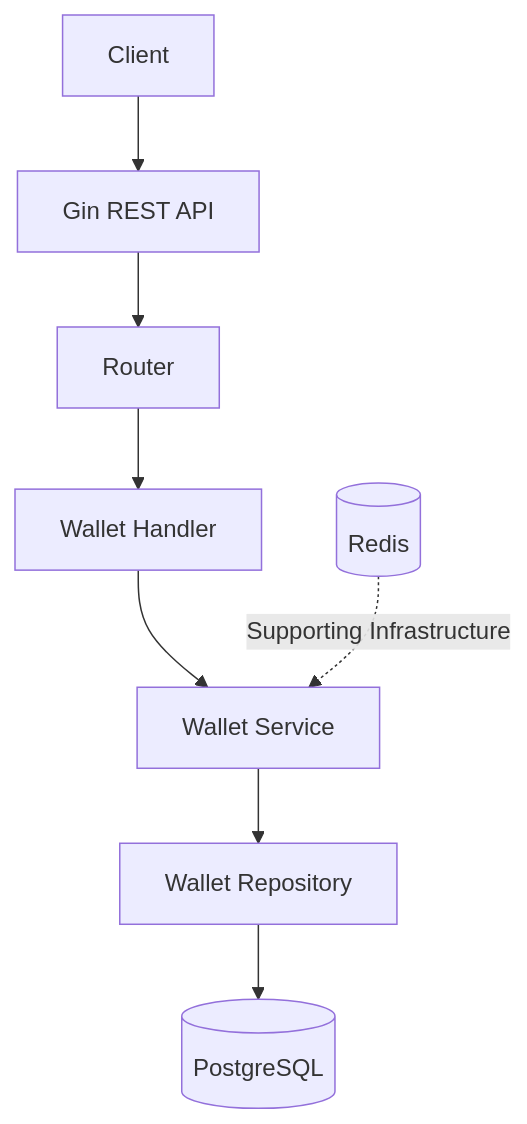
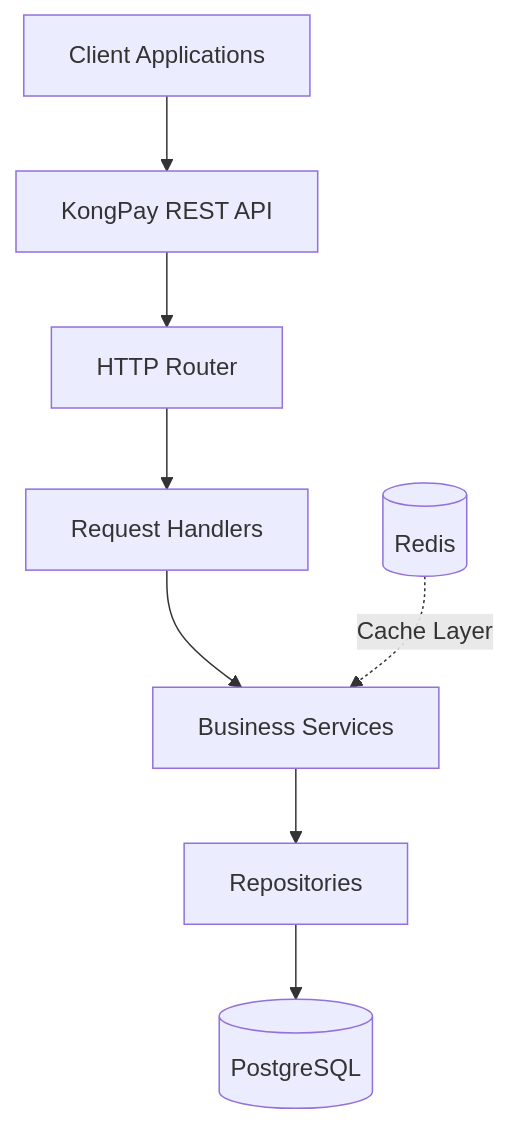
The first of 15 diagrams in README.md (kongali1720/KongPay), drawn with Mermaid before and after one commit. The commit also changed other lines of this file, not shown here.

````diff
--- a/README.md
+++ b/README.md
@@ -155,10 +94,28 @@
 ```mermaid
 flowchart TD
-    A[Client] --> B[Gin REST API]
-    B --> C[Router]
-    C --> D[Wallet Handler]
-    D --> E[Wallet Service]
-    E --> F[Wallet Repository]
-    F --> G[(PostgreSQL)]
-    H[(Redis)] -. Supporting Infrastructure .-> E
+
+    Client[Client Applications]
+
+    API[KongPay REST API]
+
+    Router[HTTP Router]
+
+    Handler[Request Handlers]
+
+    Service[Business Services]
+
+    Repository[Repositories]
+
+    DB[(PostgreSQL)]
+
+    Cache[(Redis)]
+
+    Client --> API
+    API --> Router
+    Router --> Handler
+    Handler --> Service
+    Service --> Repository
+    Repository --> DB
+
+    Cache -. Cache Layer .-> Service
 ```
````
